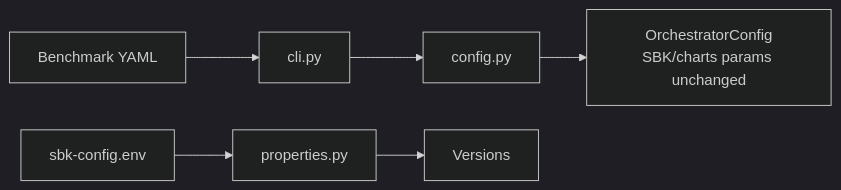
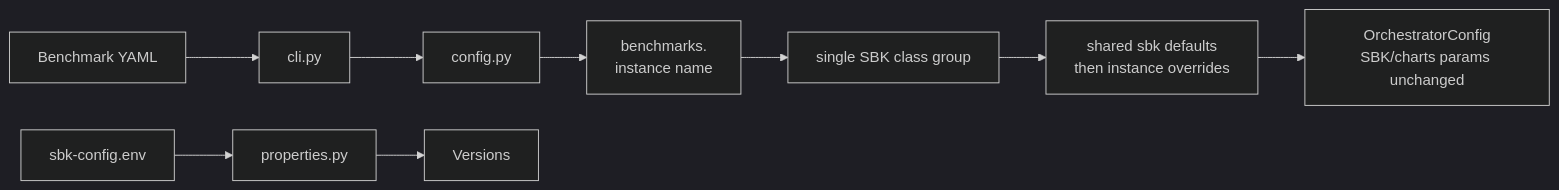
One commit to kmgowda/sbk-analytics changed the third of 9 diagrams in analytics/ARCHITECTURE.md. Above: the diagram before and after it, drawn with Mermaid (dark theme). The commit also changed other lines of this file and 24 other files, not shown here.

````diff
--- a/analytics/ARCHITECTURE.md
+++ b/analytics/ARCHITECTURE.md
@@ -115,6 +121,9 @@
 ```mermaid
 flowchart LR
     YAML["Benchmark YAML"] --> CLI["cli.py"] --> Config["config.py"]
-    Config --> Model["OrchestratorConfig<br/>SBK/charts params unchanged"]
+    Config --> Names["benchmarks.<br/>instance name"]
+    Names --> Class["single SBK class group"]
+    Class --> Merge["shared sbk defaults<br/>then instance overrides"]
+    Merge --> Model["OrchestratorConfig<br/>SBK/charts params unchanged"]
     Env["sbk-config.env"] --> Properties["properties.py"] --> Versions["Versions"]
 ```
````
